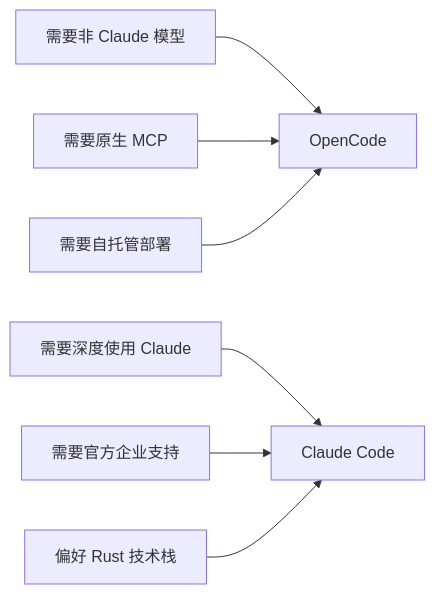
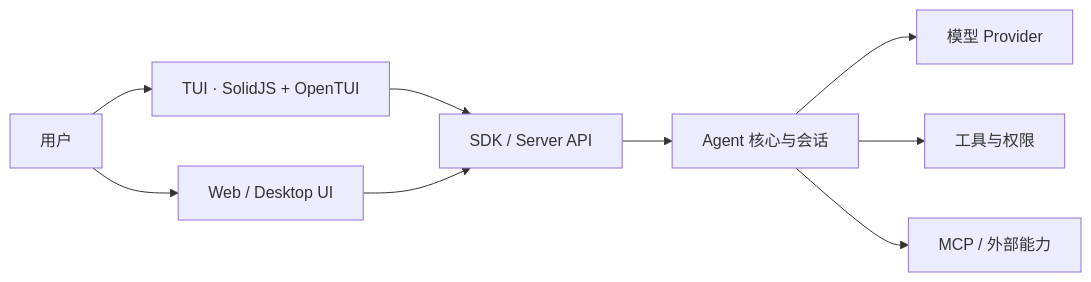
Before and after one commit to Shyu-x/frontend-interview: the first of 2 diagrams in docs/agent/case-studies/opencode-analysis.md, drawn with Mermaid. The commit also changed other lines of this file and 46 other files, not shown here.

First line of the commit message:
Rebuild Agent curriculum with executable MiniCode and frontend state lessons (#2)

````diff
--- a/docs/agent/case-studies/opencode-analysis.md
+++ b/docs/agent/case-studies/opencode-analysis.md
@@ -1790,9 +47,11 @@
 ```mermaid
 flowchart LR
-    R1["需要非 Claude 模型"] --> OC["OpenCode"]
-    R2["需要原生 MCP"] --> OC
-    R3["需要深度使用 Claude"] --> CC["Claude Code"]
-    R4["需要官方企业支持"] --> CC
-    R5["需要自托管部署"] --> OC
-    R6["偏好 Rust 技术栈"] --> CC
+  U["用户"] --> T["TUI · SolidJS + OpenTUI"]
+  U --> W["Web / Desktop UI"]
+  T --> S["SDK / Server API"]
+  W --> S
+  S --> C["Agent 核心与会话"]
+  C --> P["模型 Provider"]
+  C --> X["工具与权限"]
+  C --> M["MCP / 外部能力"]
 ```
````
